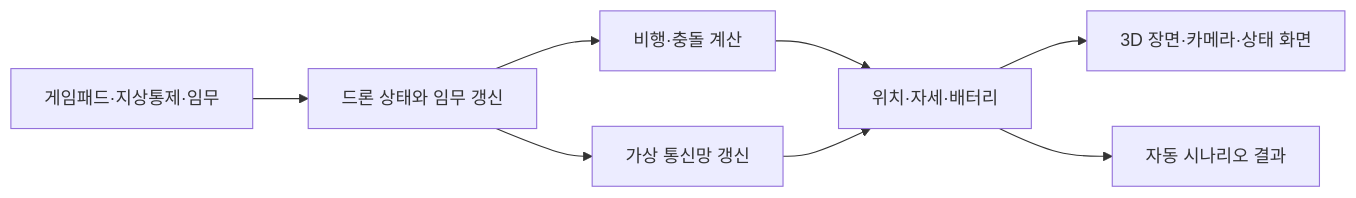
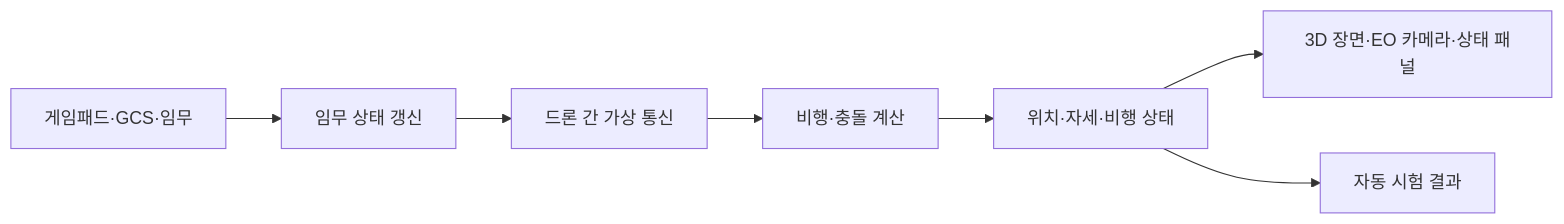
The diagram in docs/public/기술구조.md (cgantro/DroneSim), drawn with Mermaid before and after one commit. The commit also changed other lines of this file and 5 other files, not shown here.

````diff
--- a/docs/public/기술구조.md
+++ b/docs/public/기술구조.md
@@ -9,10 +9,9 @@
 ```mermaid
 flowchart LR
-    Input[게임패드·지상통제·임무] --> Core[드론 상태와 임무 갱신]
-    Core --> Physics[비행·충돌 계산]
-    Core --> Network[가상 통신망 갱신]
-    Physics --> State[위치·자세·배터리]
-    Network --> State
-    State --> View[3D 장면·카메라·상태 화면]
-    State --> Tests[자동 시나리오 결과]
+    Input[게임패드·GCS·임무] --> Mission[임무 상태 갱신]
+    Mission --> Network[드론 간 가상 통신]
+    Network --> Flight[비행·충돌 계산]
+    Flight --> State[위치·자세·비행 상태]
+    State --> Display[3D 장면·EO 카메라·상태 패널]
+    State --> Tests[자동 시험 결과]
 ```
````
